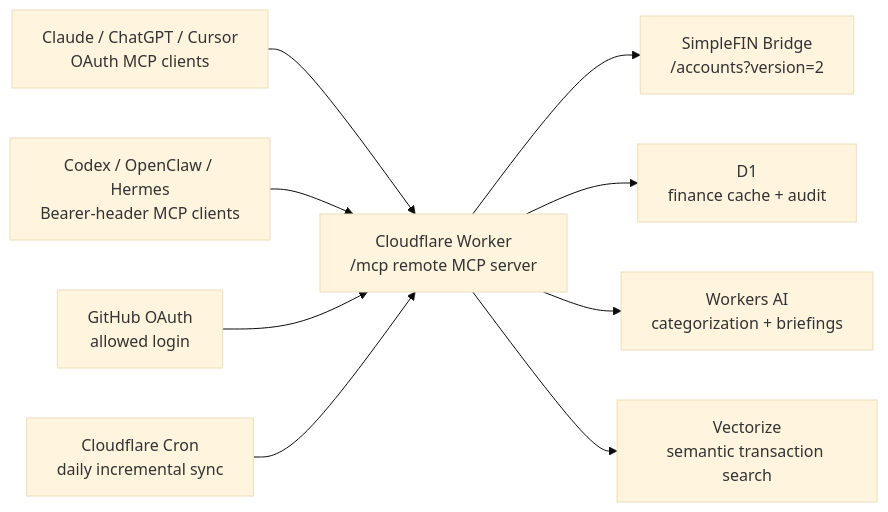
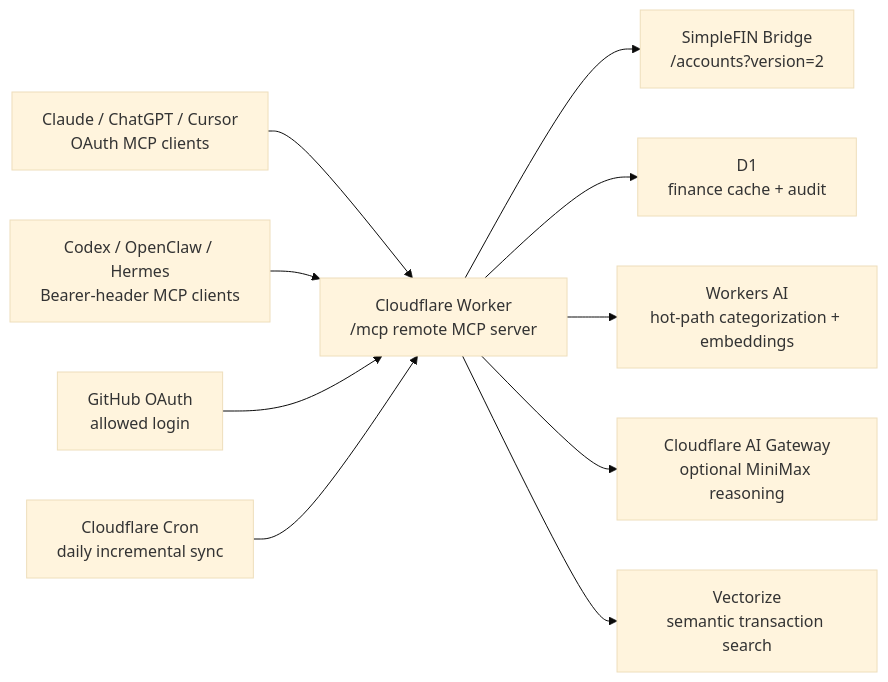
Before and after one commit to JithendraNara/simplefin-cloudflare-finance-mcp: the diagram in README.md, drawn with Mermaid (base theme). The commit also changed other lines of this file and 10 other files, not shown here.

````diff
--- a/README.md
+++ b/README.md
@@ -105,21 +106,23 @@
 ```mermaid
 flowchart LR
   claude["Claude / ChatGPT / Cursor<br/>OAuth MCP clients"]
   bearer["Codex / OpenClaw / Hermes<br/>Bearer-header MCP clients"]
   worker["Cloudflare Worker<br/>/mcp remote MCP server"]
   oauth["GitHub OAuth<br/>allowed login"]
   d1["D1<br/>finance cache + audit"]
-  ai["Workers AI<br/>categorization + briefings"]
+  ai["Workers AI<br/>hot-path categorization + embeddings"]
+  gateway["Cloudflare AI Gateway<br/>optional MiniMax reasoning"]
   vector["Vectorize<br/>semantic transaction search"]
   simplefin["SimpleFIN Bridge<br/>/accounts?version=2"]
   cron["Cloudflare Cron<br/>daily incremental sync"]
 
   claude --> worker
   bearer --> worker
   oauth --> worker
   cron --> worker
   worker --> simplefin
   worker --> d1
   worker --> ai
+  worker --> gateway
   worker --> vector
 ```
````
